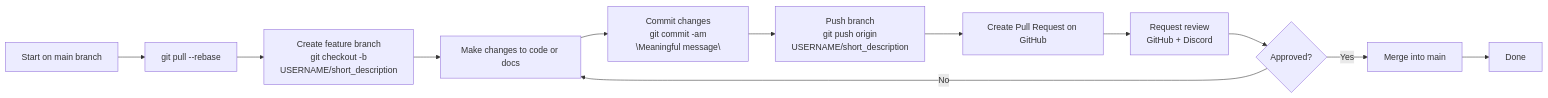
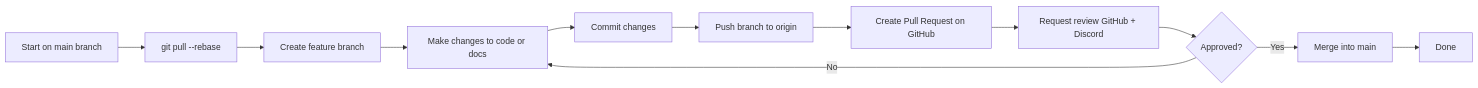
Before and after one commit to Denuo-Web/CrowdPMPlatform: the diagram in docs/development.md, drawn with Mermaid.

Commit message:
Adding branch docs to git

````diff
--- a/docs/development.md
+++ b/docs/development.md
@@ -226,14 +226,14 @@
 ```mermaid
 flowchart LR
     A[Start on main branch] --> B[git pull --rebase]
-    B --> C["Create feature branch\n git checkout -b USERNAME/short_description"]
+    B --> C["Create feature branch"]
     C --> D[Make changes to code or docs]
-    D --> E["Commit changes\n git commit -am \"Meaningful message\""]
-    E --> F["Push branch\n git push origin USERNAME/short_description"]
+    D --> E["Commit changes"]
+    E --> F["Push branch to origin"]
     F --> G[Create Pull Request on GitHub]
-    G --> H["Request review\n GitHub + Discord"]
+    G --> H["Request review GitHub + Discord"]
     H --> I{Approved?}
     I -- No --> D
     I -- Yes --> J[Merge into main]
     J --> K[Done]
 ```
````
